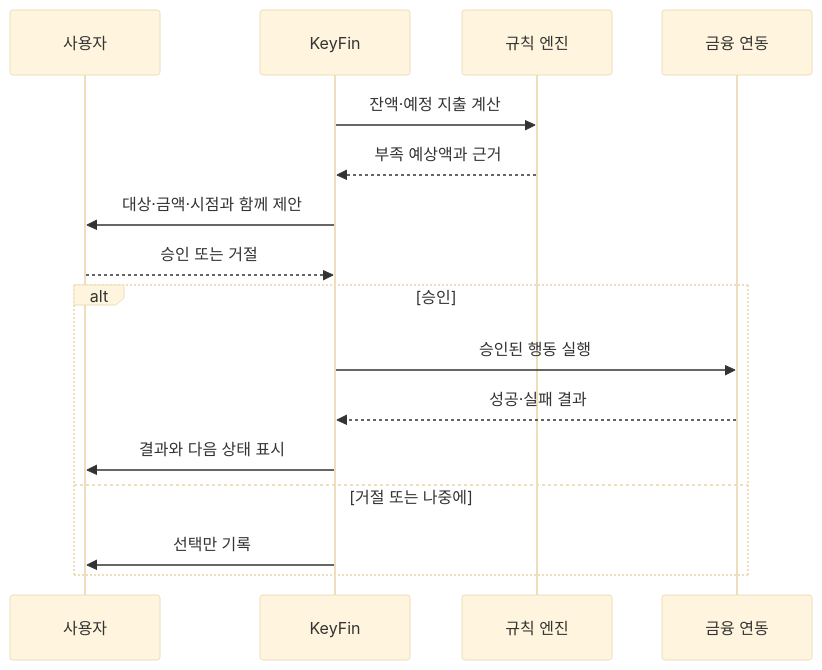
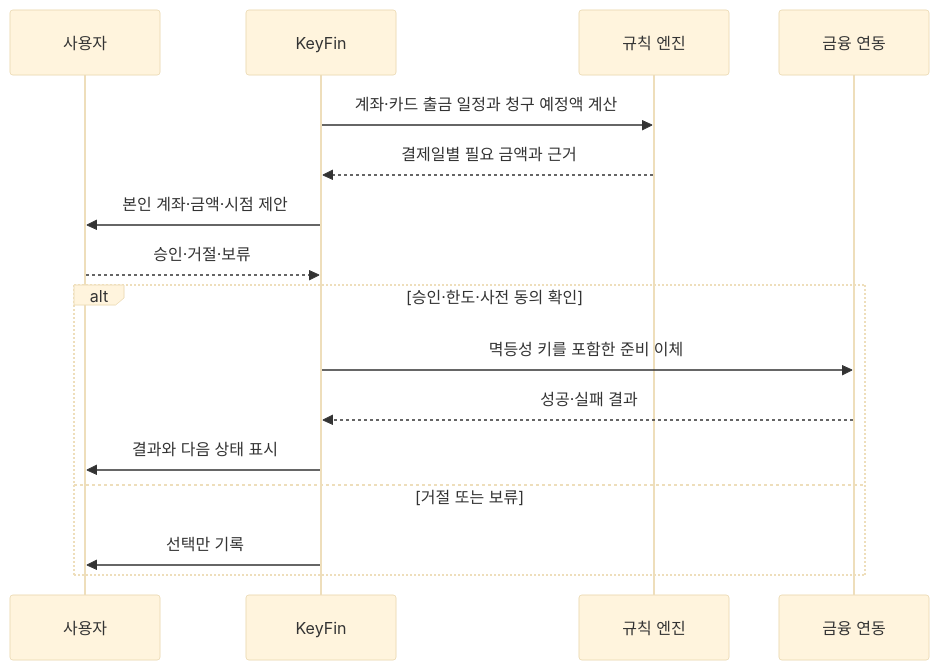
One commit to hojunjeon/2nd_A408_planning changed the second of 2 diagrams in 06/KeyFin_발표.md. Above: the diagram before and after it, drawn with Mermaid (base theme). The commit also changed other lines of this file, not shown here.

````diff
--- a/06/KeyFin_발표.md
+++ b/06/KeyFin_발표.md
@@ -84,18 +83,18 @@
 ```mermaid
 sequenceDiagram
     participant U as 사용자
     participant K as KeyFin
     participant R as 규칙 엔진
     participant B as 금융 연동
-    K->>R: 잔액·예정 지출 계산
-    R-->>K: 부족 예상액과 근거
-    K->>U: 대상·금액·시점과 함께 제안
-    U-->>K: 승인 또는 거절
-    alt 승인
-        K->>B: 승인된 행동 실행
+    K->>R: 계좌·카드 출금 일정과 청구 예정액 계산
+    R-->>K: 결제일별 필요 금액과 근거
+    K->>U: 본인 계좌·금액·시점 제안
+    U-->>K: 승인·거절·보류
+    alt 승인·한도·사전 동의 확인
+        K->>B: 멱등성 키를 포함한 준비 이체
         B-->>K: 성공·실패 결과
         K->>U: 결과와 다음 상태 표시
-    else 거절 또는 나중에
+    else 거절 또는 보류
         K->>U: 선택만 기록
     end
 ```
````
